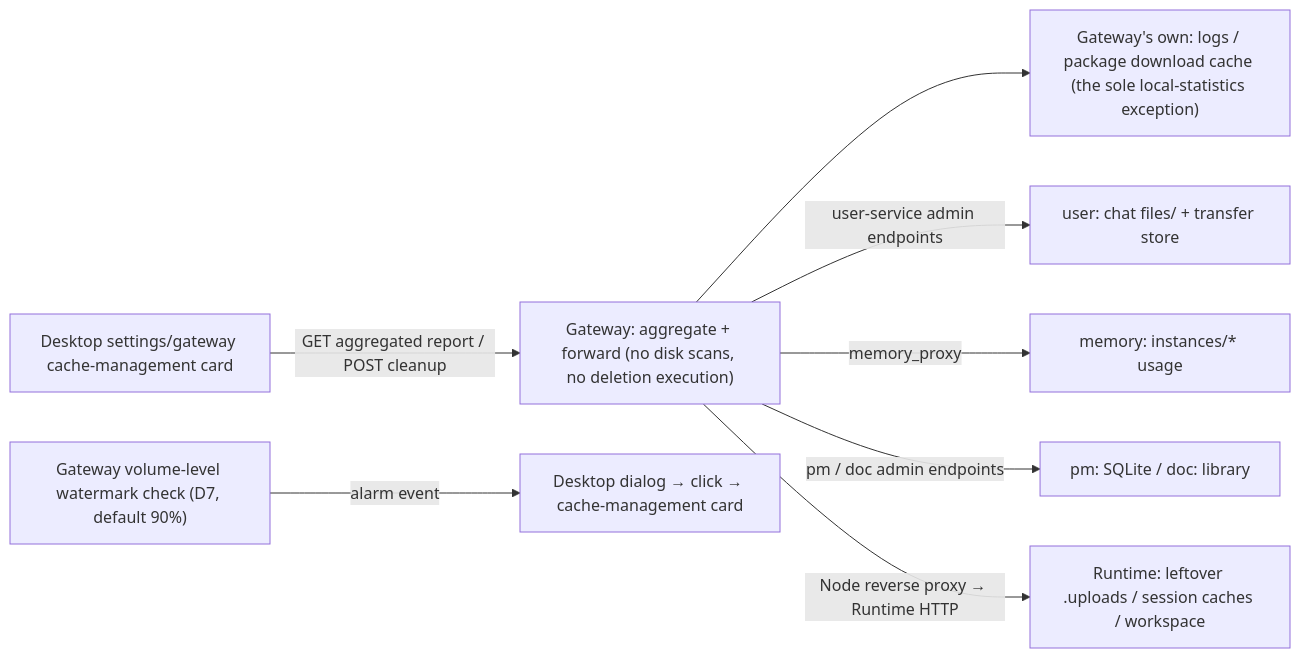
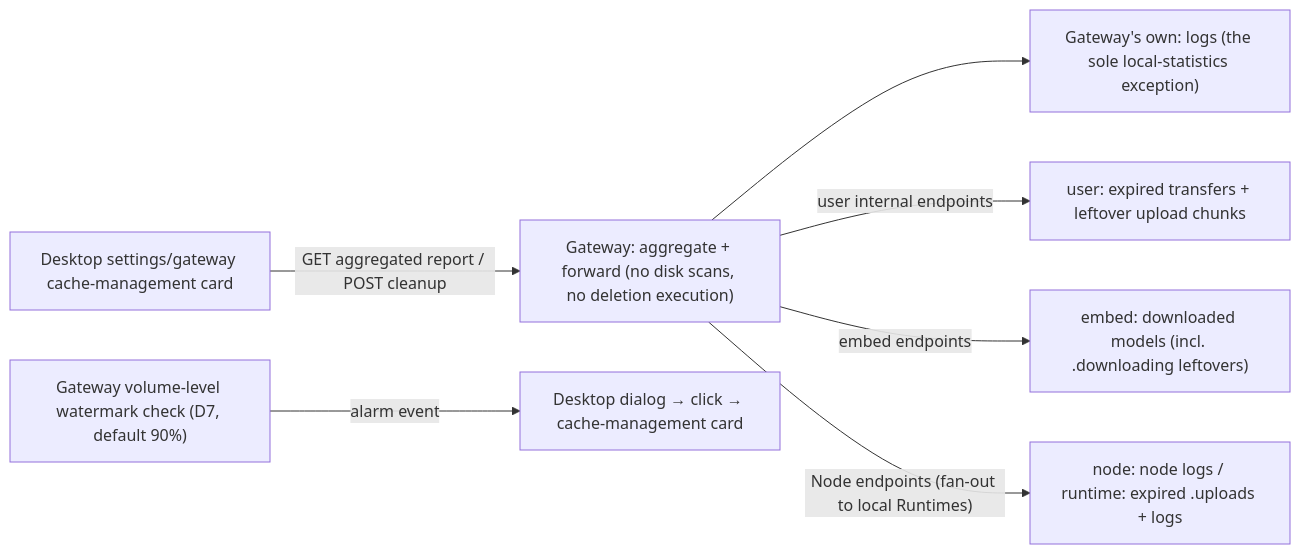
Before and after one commit to acowork/acowork: the diagram in docs/adr/en/ADR-123-gateway-unified-cache-management.md, drawn with Mermaid. The commit also changed other lines of this file and 34 other files, not shown here.

First line of the commit message:
feat(gateway): unified cache report, cleanup and disk watermark

````diff
--- a/docs/adr/en/ADR-123-gateway-unified-cache-management.md
+++ b/docs/adr/en/ADR-123-gateway-unified-cache-management.md
@@ -57,10 +57,9 @@
 ```mermaid
 graph LR
     D["Desktop settings/gateway cache-management card"] -->|"GET aggregated report / POST cleanup"| G["Gateway: aggregate + forward (no disk scans, no deletion execution)"]
-    G --> L["Gateway's own: logs / package download cache (the sole local-statistics exception)"]
-    G -->|"user-service admin endpoints"| U["user: chat files/ + transfer store"]
-    G -->|"memory_proxy"| M["memory: instances/* usage"]
-    G -->|"pm / doc admin endpoints"| P["pm: SQLite / doc: library"]
-    G -->|"Node reverse proxy → Runtime HTTP"| R["Runtime: leftover .uploads / session caches / workspace"]
+    G --> L["Gateway's own: logs (the sole local-statistics exception)"]
+    G -->|"user internal endpoints"| U["user: expired transfers + leftover upload chunks"]
+    G -->|"embed endpoints"| E["embed: downloaded models (incl. .downloading leftovers)"]
+    G -->|"Node endpoints (fan-out to local Runtimes)"| R["node: node logs / runtime: expired .uploads + logs"]
     W["Gateway volume-level watermark check (D7, default 90%)"] -->|"alarm event"| D2["Desktop dialog → click → cache-management card"]
 ```
````
